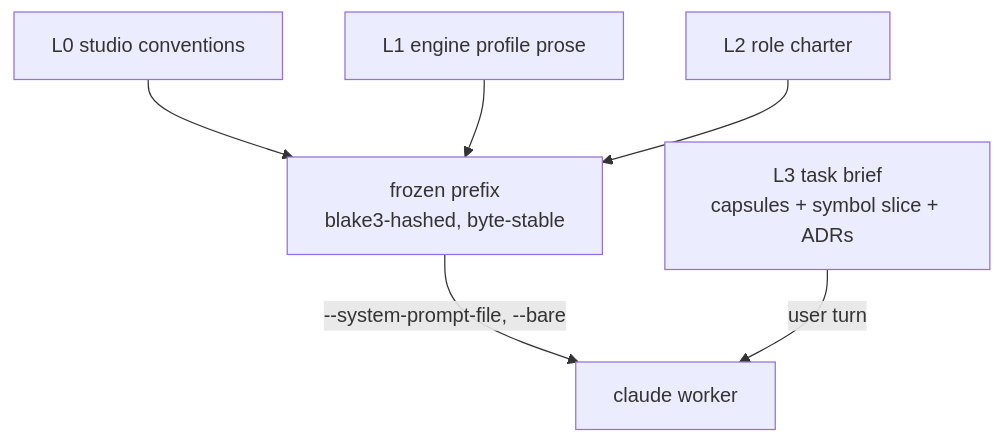
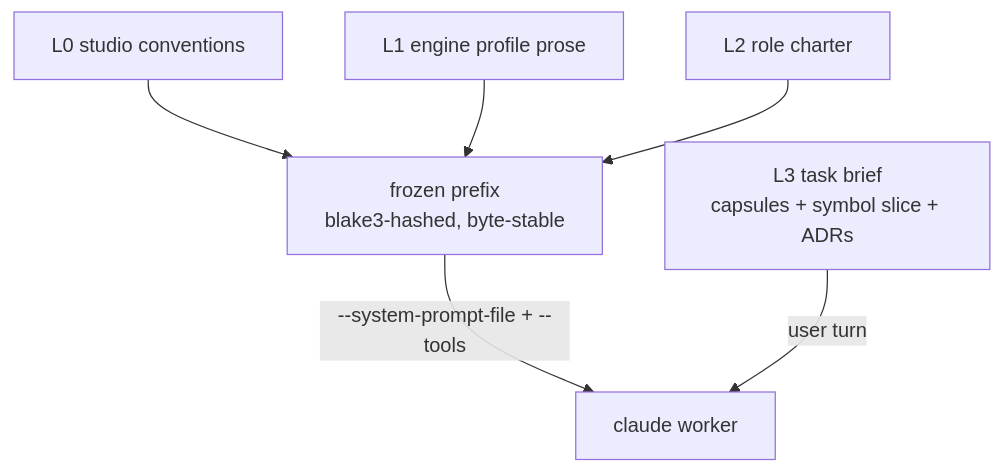
One commit to tugcantopaloglu/game-studio-crew changed the diagram in docs/design/02-context-engine.md. Above: the diagram before and after it, drawn with Mermaid. The commit also changed other lines of this file and 14 other files, not shown here.

````diff
--- a/docs/design/02-context-engine.md
+++ b/docs/design/02-context-engine.md
@@ -21,8 +23,8 @@
 ```mermaid
 graph TD
   L0[L0 studio conventions] --> P[frozen prefix<br/>blake3-hashed, byte-stable]
   L1[L1 engine profile prose] --> P
   L2[L2 role charter] --> P
-  P -->|--system-prompt-file, --bare| W[claude worker]
+  P -->|--system-prompt-file + --tools| W[claude worker]
   L3[L3 task brief<br/>capsules + symbol slice + ADRs] -->|user turn| W
 ```
````
